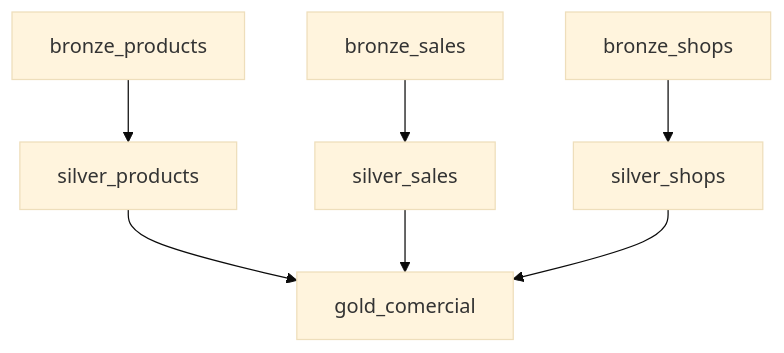
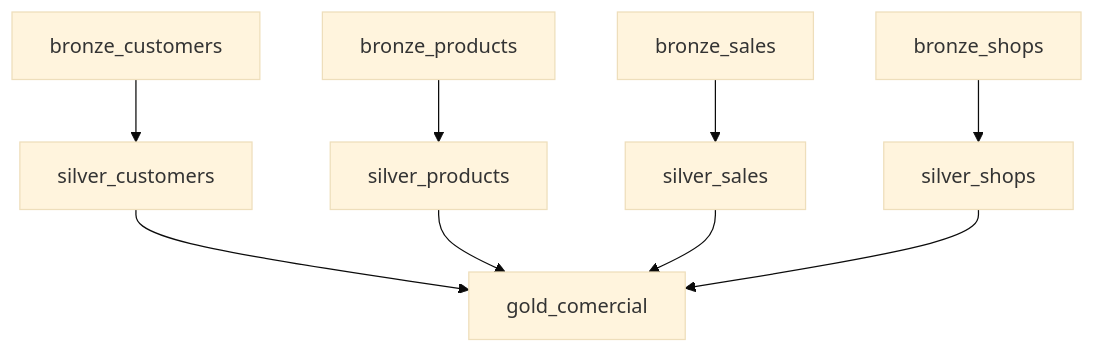
The diagram in 12-pipelines-con-ia/practice/ejercicio-01-dag-airflow-con-agentes.md (amartinez2b/ia-dataengineering), drawn with Mermaid (base theme) before and after one commit. The commit also changed other lines of this file and 1 other file, not shown here.

````diff
--- a/12-pipelines-con-ia/practice/ejercicio-01-dag-airflow-con-agentes.md
+++ b/12-pipelines-con-ia/practice/ejercicio-01-dag-airflow-con-agentes.md
@@ -92,10 +97,12 @@
 ```mermaid
 flowchart TD
+    bronze_customers["bronze_customers"] --> silver_customers["silver_customers"]
     bronze_products["bronze_products"] --> silver_products["silver_products"]
     bronze_sales["bronze_sales"] --> silver_sales["silver_sales"]
     bronze_shops["bronze_shops"] --> silver_shops["silver_shops"]
 
+    silver_customers --> gold_comercial["gold_comercial"]
     silver_products --> gold_comercial["gold_comercial"]
     silver_sales --> gold_comercial
     silver_shops --> gold_comercial
 ```
````
